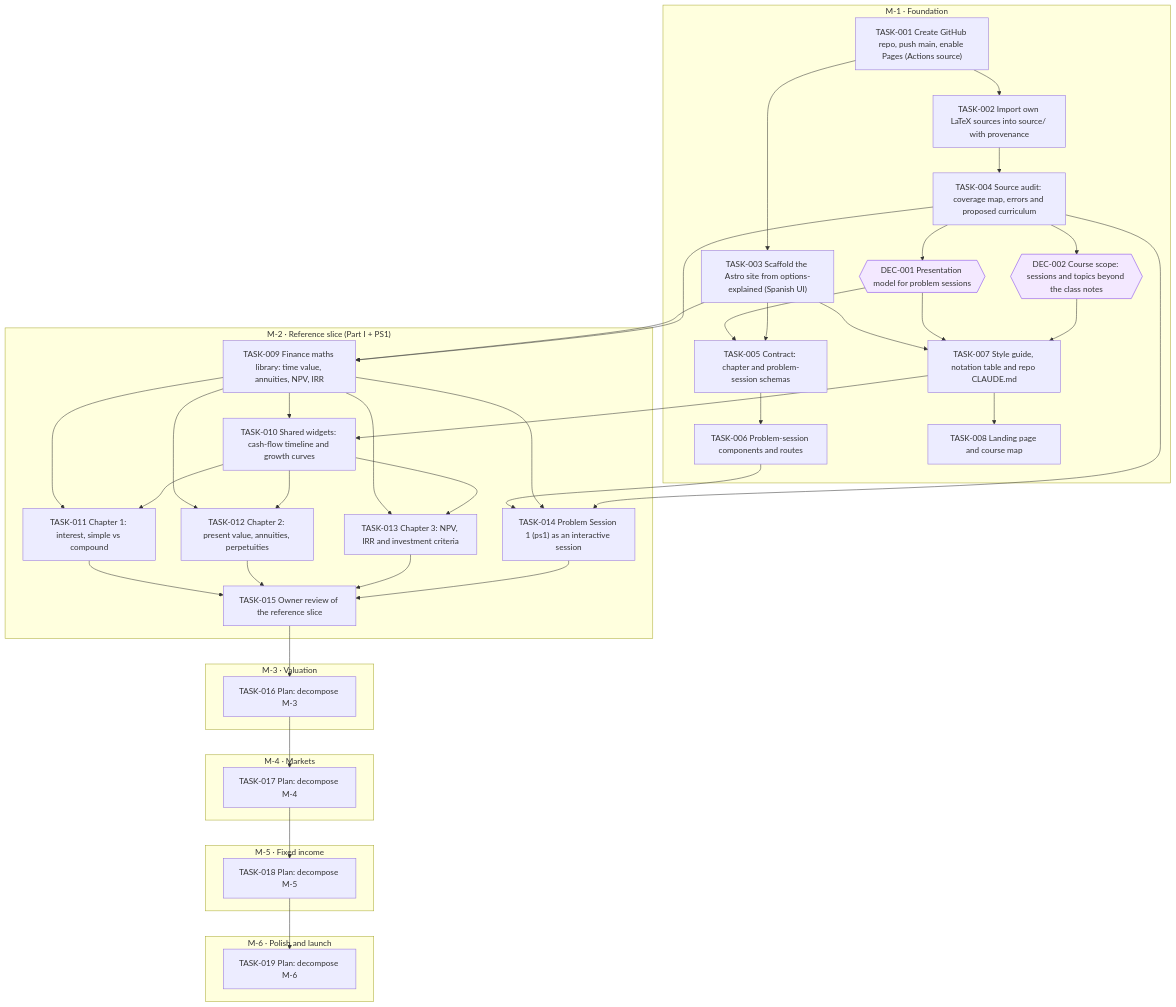
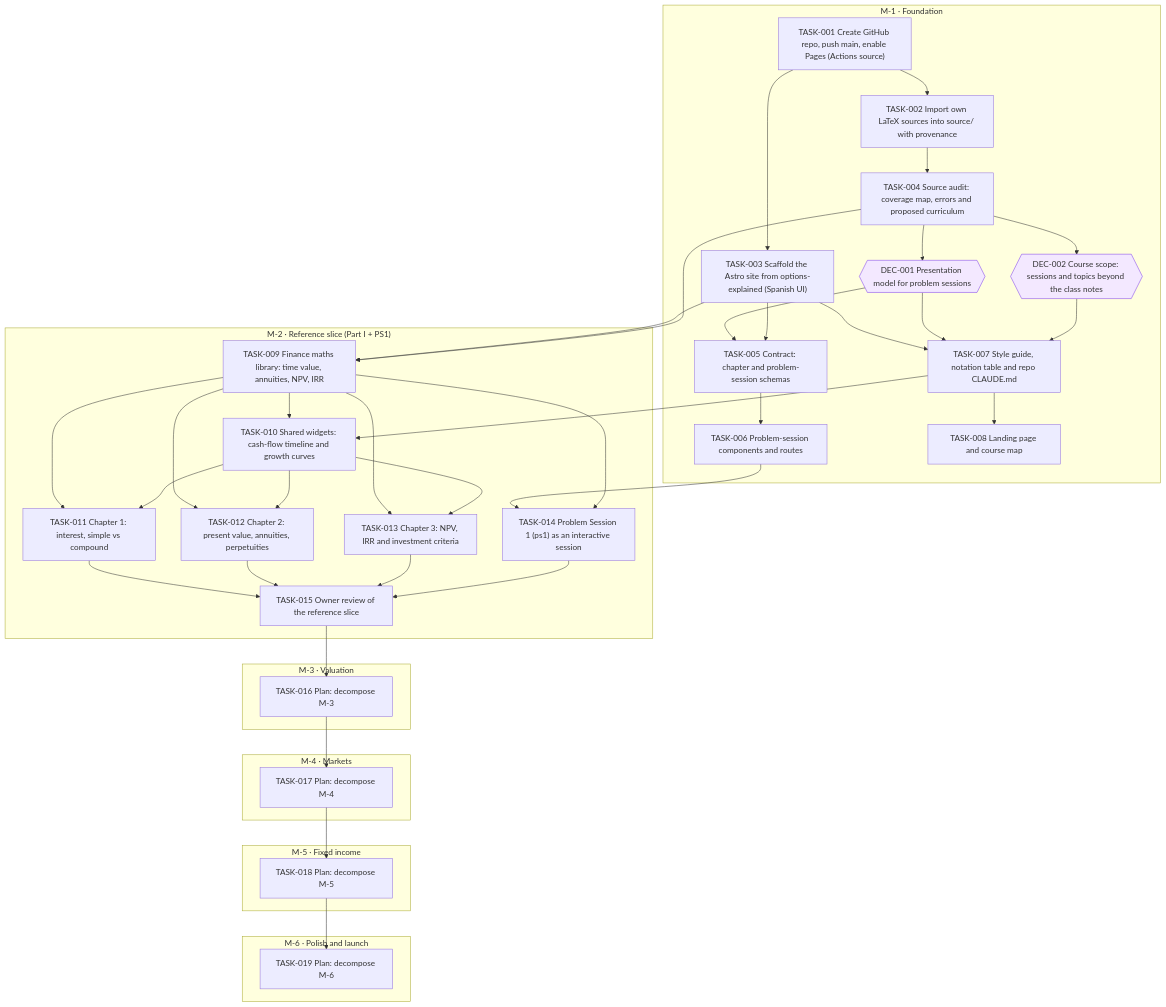
Before and after one commit to jesusvillota/economia-financiera: the diagram in goals/course-site/README.md, drawn with Mermaid. The commit also changed 1 other file, not shown here.

Commit message:
goal(course-site): unlink TASK-014 after TASK-004

````diff
--- a/goals/course-site/README.md
+++ b/goals/course-site/README.md
@@ -19,74 +19,73 @@
 ```mermaid
 flowchart TD
   subgraph M_1["M-1 · Foundation"]
     DEC_001{{"DEC-001 Presentation model for problem sessions"}}
     DEC_002{{"DEC-002 Course scope: sessions and topics beyond the class notes"}}
     TASK_001["TASK-001 Create GitHub repo, push main, enable Pages (Actions source)"]
     TASK_002["TASK-002 Import own LaTeX sources into source/ with provenance"]
     TASK_003["TASK-003 Scaffold the Astro site from options-explained (Spanish UI)"]
     TASK_004["TASK-004 Source audit: coverage map, errors and proposed curriculum"]
     TASK_005["TASK-005 Contract: chapter and problem-session schemas"]
     TASK_006["TASK-006 Problem-session components and routes"]
     TASK_007["TASK-007 Style guide, notation table and repo CLAUDE.md"]
     TASK_008["TASK-008 Landing page and course map"]
   end
   subgraph M_2["M-2 · Reference slice (Part I + PS1)"]
     TASK_009["TASK-009 Finance maths library: time value, annuities, NPV, IRR"]
     TASK_010["TASK-010 Shared widgets: cash-flow timeline and growth curves"]
     TASK_011["TASK-011 Chapter 1: interest, simple vs compound"]
     TASK_012["TASK-012 Chapter 2: present value, annuities, perpetuities"]
     TASK_013["TASK-013 Chapter 3: NPV, IRR and investment criteria"]
     TASK_014["TASK-014 Problem Session 1 (ps1) as an interactive session"]
     TASK_015["TASK-015 Owner review of the reference slice"]
   end
   subgraph M_3["M-3 · Valuation"]
     TASK_016["TASK-016 Plan: decompose M-3"]
   end
   subgraph M_4["M-4 · Markets"]
     TASK_017["TASK-017 Plan: decompose M-4"]
   end
   subgraph M_5["M-5 · Fixed income"]
     TASK_018["TASK-018 Plan: decompose M-5"]
   end
   subgraph M_6["M-6 · Polish and launch"]
     TASK_019["TASK-019 Plan: decompose M-6"]
   end
   TASK_004 --> DEC_001
   TASK_004 --> DEC_002
   TASK_001 --> TASK_002
   TASK_001 --> TASK_003
   TASK_002 --> TASK_004
   DEC_001 --> TASK_005
   TASK_003 --> TASK_005
   TASK_005 --> TASK_006
   TASK_003 --> TASK_007
   DEC_001 --> TASK_007
   DEC_002 --> TASK_007
   TASK_007 --> TASK_008
   TASK_003 --> TASK_009
   TASK_004 --> TASK_009
   TASK_007 --> TASK_010
   TASK_009 --> TASK_010
   TASK_009 --> TASK_011
   TASK_010 --> TASK_011
   TASK_009 --> TASK_012
   TASK_010 --> TASK_012
   TASK_009 --> TASK_013
   TASK_010 --> TASK_013
   TASK_006 --> TASK_014
   TASK_009 --> TASK_014
-  TASK_004 --> TASK_014
   TASK_011 --> TASK_015
   TASK_012 --> TASK_015
   TASK_013 --> TASK_015
   TASK_014 --> TASK_015
   TASK_015 --> TASK_016
   TASK_016 --> TASK_017
   TASK_017 --> TASK_018
   TASK_018 --> TASK_019
   classDef draft stroke-dasharray: 4 3
   classDef cancelled opacity:0.45
   classDef decision fill:#f3e8ff,stroke:#7c3aed
   class DEC_001 decision
   class DEC_002 decision
 ```
````
